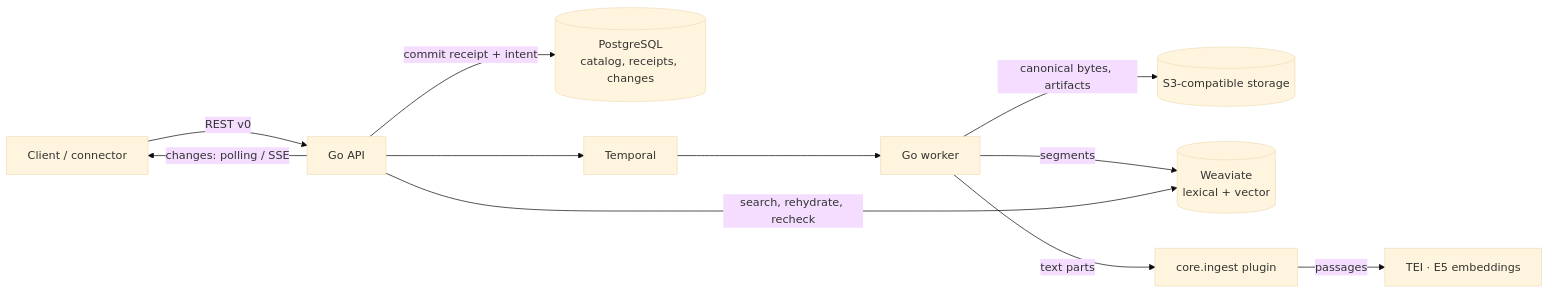
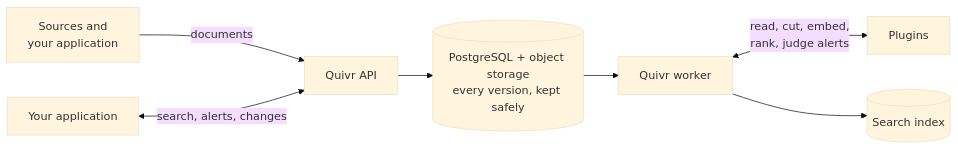
Before and after one commit to zqf20096327/dbhub_collect: the diagram in data/readmes/The-Vibe-Company__quivr.md, drawn with Mermaid (base theme). The commit also changed other lines of this file and 557 other files, not shown here.

````diff
--- a/data/readmes/The-Vibe-Company__quivr.md
+++ b/data/readmes/The-Vibe-Company__quivr.md
@@ -34,13 +40,9 @@
 ```mermaid
 flowchart LR
-    client[Client / connector] -->|REST v0| api[Go API]
-    api -->|commit receipt + intent| pg[(PostgreSQL<br/>catalog, receipts, changes)]
-    api --> temporal[Temporal]
-    temporal --> worker[Go worker]
-    worker -->|canonical bytes, artifacts| s3[(S3-compatible storage)]
-    worker -->|segments| weaviate[(Weaviate<br/>lexical + vector)]
-    worker -->|text parts| ingest[core.ingest plugin]
-    ingest -->|passages| tei[TEI · E5 embeddings]
-    api -->|search, rehydrate, recheck| weaviate
-    api -->|changes: polling / SSE| client
+    sources[Sources and<br/>your application] -->|documents| api[Quivr API]
+    api --> store[(PostgreSQL + object storage<br/>every version, kept safely)]
+    store --> worker[Quivr worker]
+    worker <-->|read, cut, embed,<br/>rank, judge alerts| plugins[Plugins]
+    worker --> index[(Search index)]
+    app[Your application] <-->|search, alerts, changes| api
 ```
````
